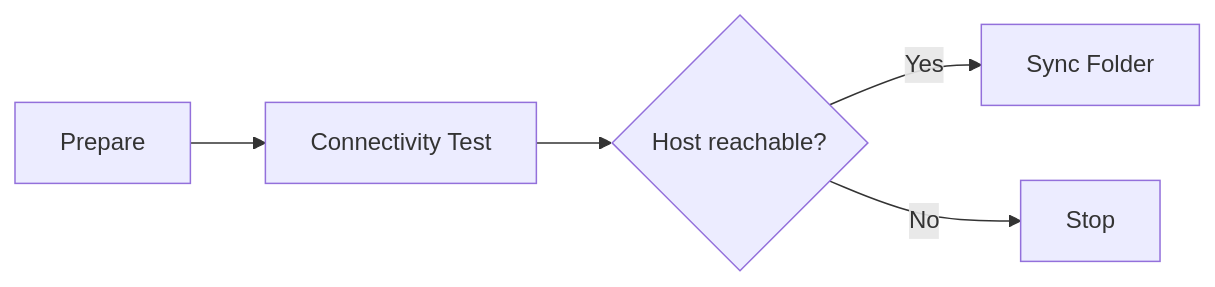
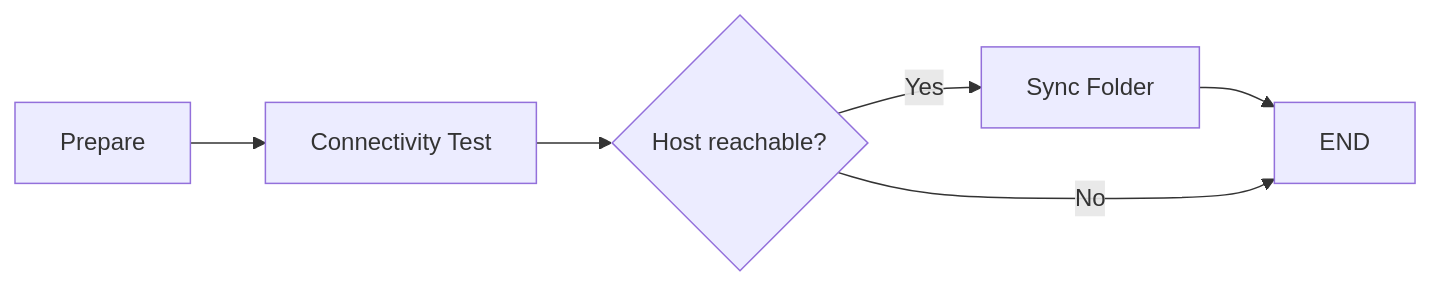
The second of 3 diagrams in README.md (R-dVL/automation-lab), drawn with Mermaid before and after one commit. The commit also changed other lines of this file, not shown here.

````diff
--- a/README.md
+++ b/README.md
@@ -60,7 +60,8 @@
 ```mermaid
 flowchart LR
 	A[Prepare] --> B[Connectivity Test]
 	B --> C{Host reachable?}
     C -- Yes --> D[Sync Folder]
-    C -- No --> E[Stop]
+    D --> F[END]
+    C -- No --> F
 ```
````
